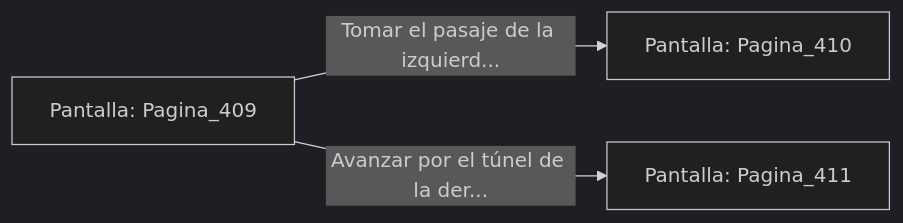
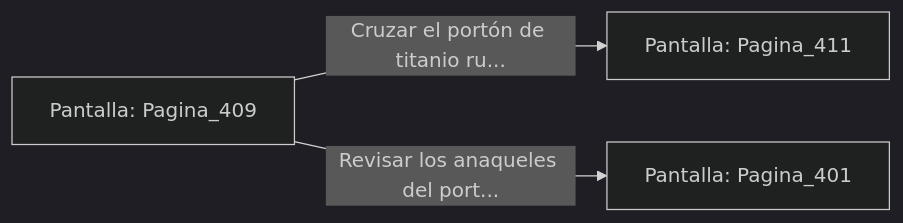
Before and after one commit to metsuke/mpl: the diagram in sample/eligejuego-vault/Pantalla_Pagina_409.md, drawn with Mermaid (dark theme). The commit also changed other lines of this file and 635 other files, not shown here.

First line of the commit message:
fix: añadir Pagina_1 como pantalla inicial en capitulo_01.mpl

````diff
--- a/sample/eligejuego-vault/Pantalla_Pagina_409.md
+++ b/sample/eligejuego-vault/Pantalla_Pagina_409.md
@@ -20,6 +24,6 @@
 ```mermaid
 graph LR
     P_Pagina_409["Pantalla: Pagina_409"]
-    P_Pagina_409 -->|"Tomar el pasaje de la izquierd..."| P_Pagina_410["Pantalla: Pagina_410"]
-    P_Pagina_409 -->|"Avanzar por el túnel de la der..."| P_Pagina_411["Pantalla: Pagina_411"]
+    P_Pagina_409 -->|"Cruzar el portón de titanio ru..."| P_Pagina_411["Pantalla: Pagina_411"]
+    P_Pagina_409 -->|"Revisar los anaqueles del port..."| P_Pagina_401["Pantalla: Pagina_401"]
 ```
````
